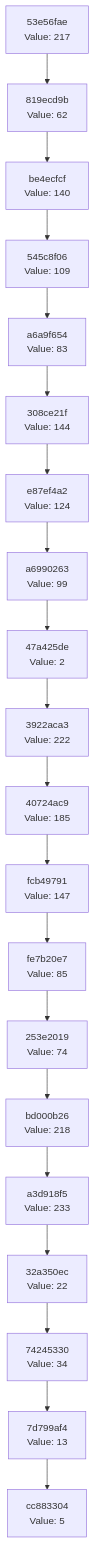
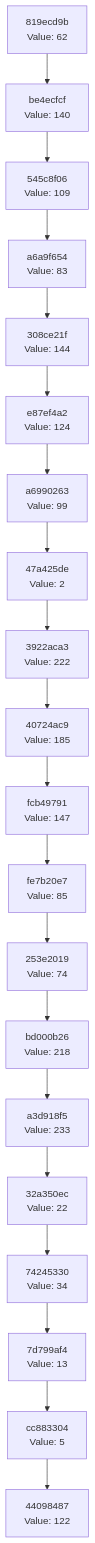
Before and after one commit to Abhisheksinha1506/hash-chain-evolver: the diagram in docs/CHAIN_VISUALIZATION.md, drawn with Mermaid. The commit also changed 3 other files, not shown here.

````diff
--- a/docs/CHAIN_VISUALIZATION.md
+++ b/docs/CHAIN_VISUALIZATION.md
@@ -3,42 +3,42 @@
 ```mermaid
 graph TD
-    C0["cc883304<br/>Value: 5"]
-    C1["7d799af4<br/>Value: 13"]
+    C0["44098487<br/>Value: 122"]
+    C1["cc883304<br/>Value: 5"]
     C1 --> C0
-    C2["74245330<br/>Value: 34"]
+    C2["7d799af4<br/>Value: 13"]
     C2 --> C1
-    C3["32a350ec<br/>Value: 22"]
+    C3["74245330<br/>Value: 34"]
     C3 --> C2
-    C4["a3d918f5<br/>Value: 233"]
+    C4["32a350ec<br/>Value: 22"]
     C4 --> C3
-    C5["bd000b26<br/>Value: 218"]
+    C5["a3d918f5<br/>Value: 233"]
     C5 --> C4
-    C6["253e2019<br/>Value: 74"]
+    C6["bd000b26<br/>Value: 218"]
     C6 --> C5
-    C7["fe7b20e7<br/>Value: 85"]
+    C7["253e2019<br/>Value: 74"]
     C7 --> C6
-    C8["fcb49791<br/>Value: 147"]
+    C8["fe7b20e7<br/>Value: 85"]
     C8 --> C7
-    C9["40724ac9<br/>Value: 185"]
+    C9["fcb49791<br/>Value: 147"]
     C9 --> C8
-    C10["3922aca3<br/>Value: 222"]
+    C10["40724ac9<br/>Value: 185"]
     C10 --> C9
-    C11["47a425de<br/>Value: 2"]
+    C11["3922aca3<br/>Value: 222"]
     C11 --> C10
-    C12["a6990263<br/>Value: 99"]
+    C12["47a425de<br/>Value: 2"]
     C12 --> C11
-    C13["e87ef4a2<br/>Value: 124"]
+    C13["a6990263<br/>Value: 99"]
     C13 --> C12
-    C14["308ce21f<br/>Value: 144"]
+    C14["e87ef4a2<br/>Value: 124"]
     C14 --> C13
-    C15["a6a9f654<br/>Value: 83"]
+    C15["308ce21f<br/>Value: 144"]
     C15 --> C14
-    C16["545c8f06<br/>Value: 109"]
+    C16["a6a9f654<br/>Value: 83"]
     C16 --> C15
-    C17["be4ecfcf<br/>Value: 140"]
+    C17["545c8f06<br/>Value: 109"]
     C17 --> C16
-    C18["819ecd9b<br/>Value: 62"]
+    C18["be4ecfcf<br/>Value: 140"]
     C18 --> C17
-    C19["53e56fae<br/>Value: 217"]
+    C19["819ecd9b<br/>Value: 62"]
     C19 --> C18
 ```
````
